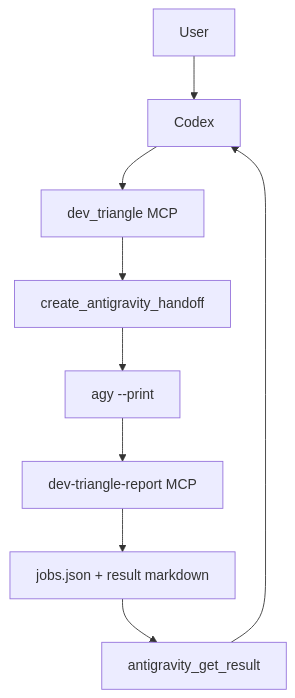
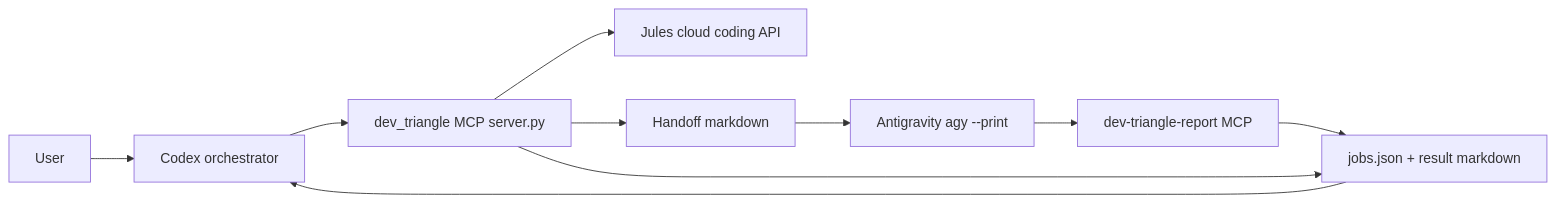
The first of 3 diagrams in docs/ARCHITECTURE.md (SpadesZ/dev-triangle-mcp), drawn with Mermaid before and after one commit. The commit also changed other lines of this file and 10 other files, not shown here.

````diff
--- a/docs/ARCHITECTURE.md
+++ b/docs/ARCHITECTURE.md
@@ -37,11 +17,12 @@
 ```mermaid
-flowchart TD
-  U["User"] --> C["Codex"]
-  C --> M["dev_triangle MCP"]
-  M --> H["create_antigravity_handoff"]
-  H --> A["agy --print"]
-  A --> R["dev-triangle-report MCP"]
-  R --> L["jobs.json + result markdown"]
-  L --> G["antigravity_get_result"]
-  G --> C
+flowchart LR
+  User["User"] --> Codex["Codex orchestrator"]
+  Codex --> Main["dev_triangle MCP server.py"]
+  Main --> Jules["Jules cloud coding API"]
+  Main --> Handoff["Handoff markdown"]
+  Handoff --> Agy["Antigravity agy --print"]
+  Agy --> Report["dev-triangle-report MCP"]
+  Report --> State["jobs.json + result markdown"]
+  Main --> State
+  State --> Codex
 ```
````
